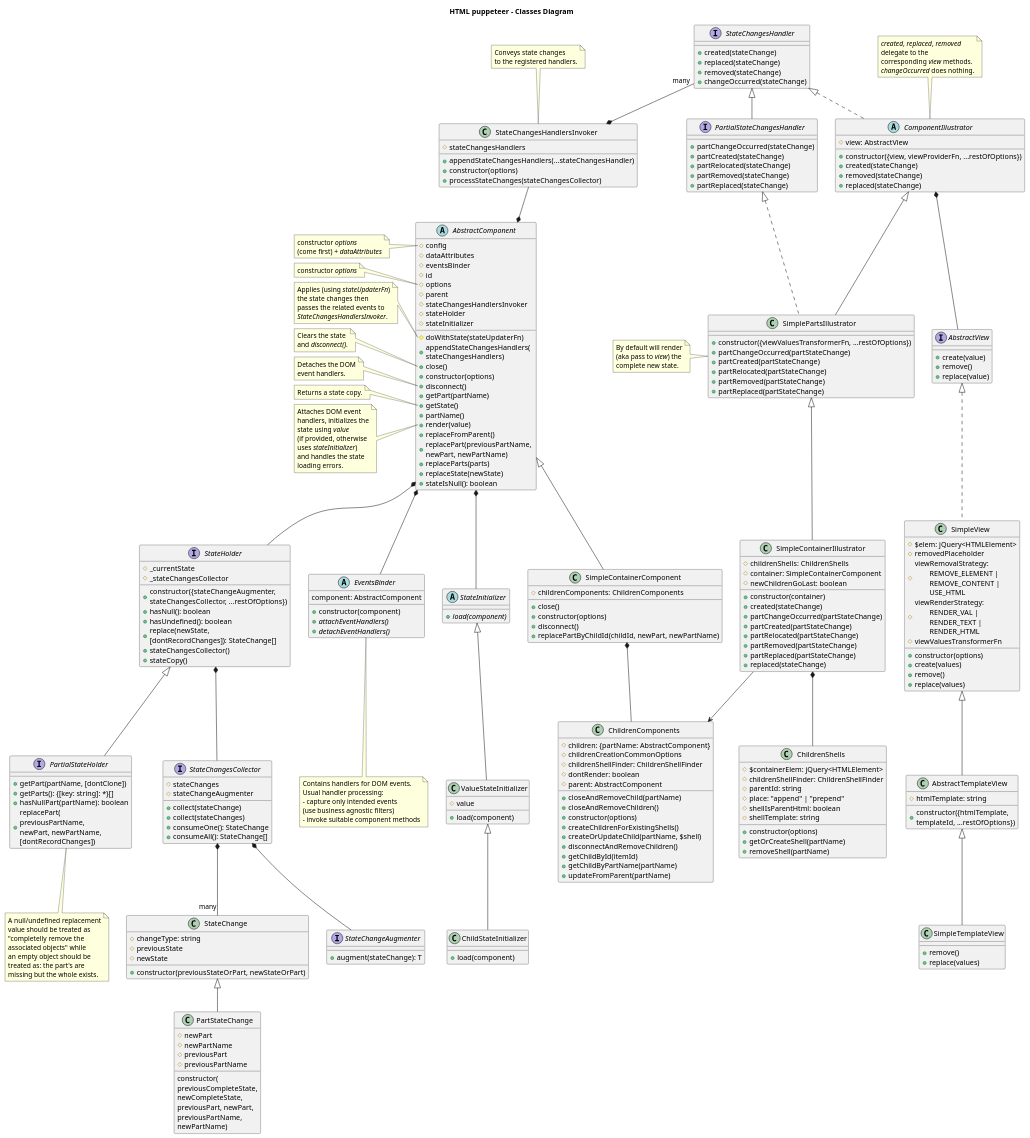
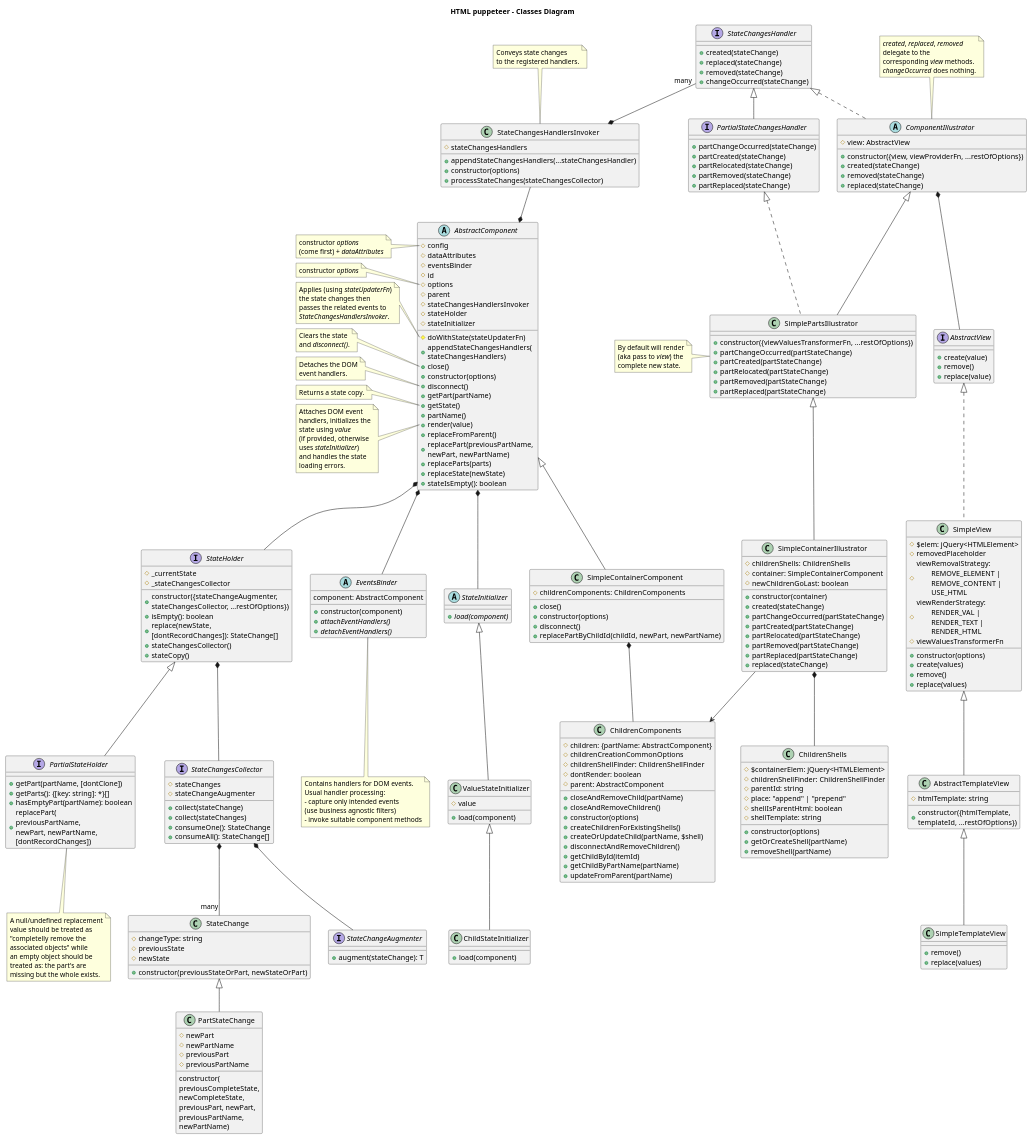
The diagram in design/classes-diagram-v1.puml (adrhc/html-puppeteer), drawn with PlantUML before and after one commit. The commit also changed 10 other files, not shown here.

Commit message:
BasicContainerComponent.js DRAFT AbstractComponent: stateIsNull -> stateIsEmpty PartialStateHolder: hasNullPart -> hasEmptyPart StateHolder: hasNull -> isEmpty

```diff
--- a/design/classes-diagram-v1.puml
+++ b/design/classes-diagram-v1.puml
@@ -25,7 +25,7 @@
   +replacePart(previousPartName, \nnewPart, newPartName)
   +replaceParts(parts)
   +replaceState(newState)
-  +stateIsNull(): boolean
+  +stateIsEmpty(): boolean
 }
 
 /'note top of AbstractComponent
@@ -235,8 +235,7 @@
 #_stateChangesOf(previousState,\nnewState): StateChange[]
 '/
 +constructor({stateChangeAugmenter,\nstateChangesCollector, ...restOfOptions})
-+hasNull(): boolean
-+hasUndefined(): boolean
++isEmpty(): boolean
 +replace(newState,\n[dontRecordChanges]): StateChange[]
 +stateChangesCollector()
 +stateCopy()
@@ -252,7 +251,7 @@
 interface PartialStateHolder extends StateHolder {
 +getPart(partName, [dontClone])
 +getParts(): {[key: string]: *}[]
-+hasNullPart(partName): boolean
++hasEmptyPart(partName): boolean
 +replacePart(\npreviousPartName, \nnewPart, newPartName, \n[dontRecordChanges])
 }
 
```
